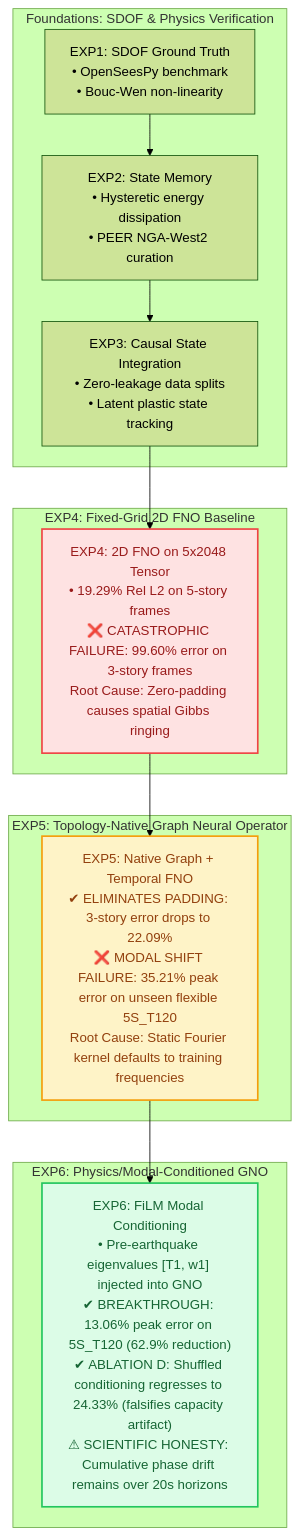
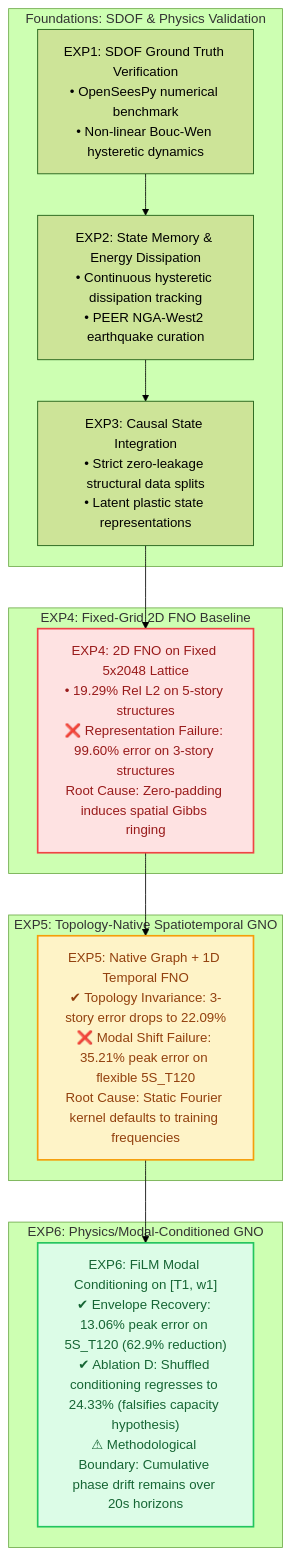
Before and after one commit to raghvendra1gdsc-png/SeismoFNO: the first of 2 diagrams in README.md, drawn with Mermaid (forest theme). The commit also changed other lines of this file, not shown here.

````diff
--- a/README.md
+++ b/README.md
@@ -53,23 +59,23 @@
 ```mermaid
 flowchart TD
-    subgraph Phase1_3["Foundations: SDOF & Physics Verification"]
-        E1["EXP1: SDOF Ground Truth<br/>• OpenSeesPy benchmark<br/>• Bouc-Wen non-linearity"] --> E2["EXP2: State Memory<br/>• Hysteretic energy dissipation<br/>• PEER NGA-West2 curation"]
-        E2 --> E3["EXP3: Causal State Integration<br/>• Zero-leakage data splits<br/>• Latent plastic state tracking"]
+    subgraph Phase1_3["Foundations: SDOF & Physics Validation"]
+        E1["EXP1: SDOF Ground Truth Verification<br/>• OpenSeesPy numerical benchmark<br/>• Non-linear Bouc-Wen hysteretic dynamics"] --> E2["EXP2: State Memory & Energy Dissipation<br/>• Continuous hysteretic dissipation tracking<br/>• PEER NGA-West2 earthquake curation"]
+        E2 --> E3["EXP3: Causal State Integration<br/>• Strict zero-leakage structural data splits<br/>• Latent plastic state representations"]
     end
 
     subgraph Phase4["EXP4: Fixed-Grid 2D FNO Baseline"]
-        E3 --> E4["EXP4: 2D FNO on 5x2048 Tensor<br/>• 19.29% Rel L2 on 5-story frames<br/>❌ CATASTROPHIC FAILURE: 99.60% error on 3-story frames<br/>Root Cause: Zero-padding causes spatial Gibbs ringing"]
+        E3 --> E4["EXP4: 2D FNO on Fixed 5x2048 Lattice<br/>• 19.29% Rel L2 on 5-story structures<br/>❌ Representation Failure: 99.60% error on 3-story structures<br/>Root Cause: Zero-padding induces spatial Gibbs ringing"]
     end
 
-    subgraph Phase5["EXP5: Topology-Native Graph Neural Operator"]
-        E4 --> E5["EXP5: Native Graph + Temporal FNO<br/>✔ ELIMINATES PADDING: 3-story error drops to 22.09%<br/>❌ MODAL SHIFT FAILURE: 35.21% peak error on unseen flexible 5S_T120<br/>Root Cause: Static Fourier kernel defaults to training frequencies"]
+    subgraph Phase5["EXP5: Topology-Native Spatiotemporal GNO"]
+        E4 --> E5["EXP5: Native Graph + 1D Temporal FNO<br/>✔ Topology Invariance: 3-story error drops to 22.09%<br/>❌ Modal Shift Failure: 35.21% peak error on flexible 5S_T120<br/>Root Cause: Static Fourier kernel defaults to training frequencies"]
     end
 
     subgraph Phase6["EXP6: Physics/Modal-Conditioned GNO"]
-        E5 --> E6["EXP6: FiLM Modal Conditioning<br/>• Pre-earthquake eigenvalues [T1, w1] injected into GNO<br/>✔ BREAKTHROUGH: 13.06% peak error on 5S_T120 (62.9% reduction)<br/>✔ ABLATION D: Shuffled conditioning regresses to 24.33% (falsifies capacity artifact)<br/>⚠ SCIENTIFIC HONESTY: Cumulative phase drift remains over 20s horizons"]
+        E5 --> E6["EXP6: FiLM Modal Conditioning on [T1, w1]<br/>✔ Envelope Recovery: 13.06% peak error on 5S_T120 (62.9% reduction)<br/>✔ Ablation D: Shuffled conditioning regresses to 24.33% (falsifies capacity hypothesis)<br/>⚠ Methodological Boundary: Cumulative phase drift remains over 20s horizons"]
     end
 
     style E4 fill:#fee2e2,stroke:#ef4444,stroke-width:2px,color:#991b1b;
     style E5 fill:#fef3c7,stroke:#f59e0b,stroke-width:2px,color:#92400e;
     style E6 fill:#dcfce7,stroke:#22c55e,stroke-width:2px,color:#166534;
 ```
````
